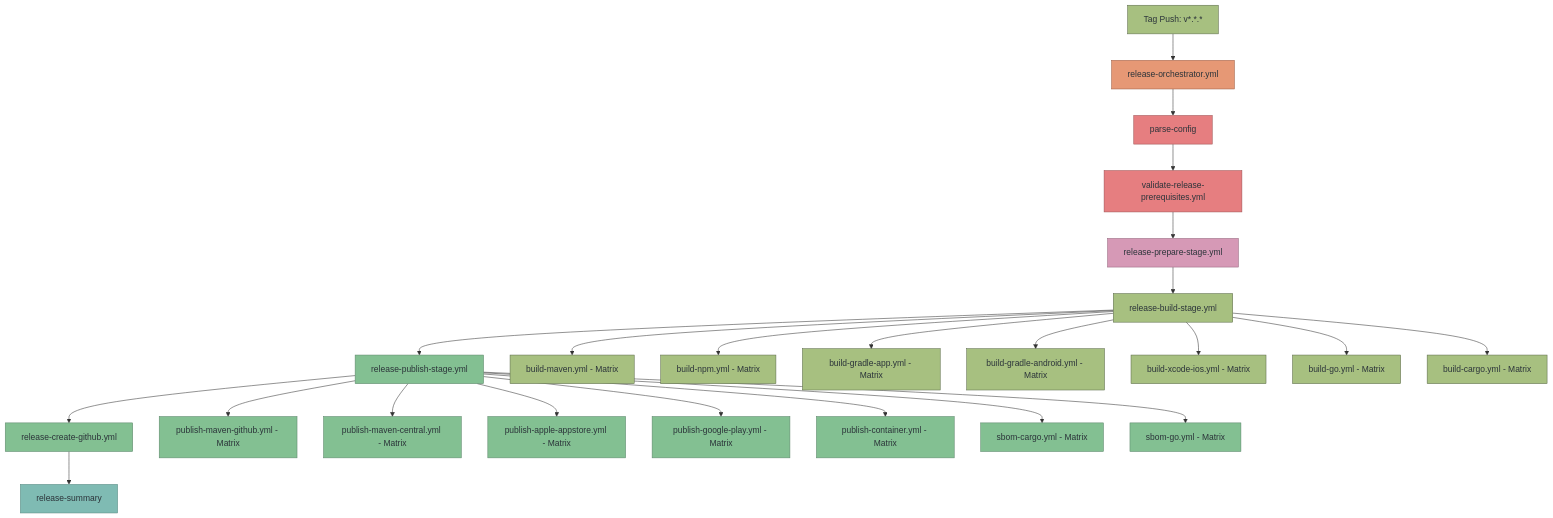
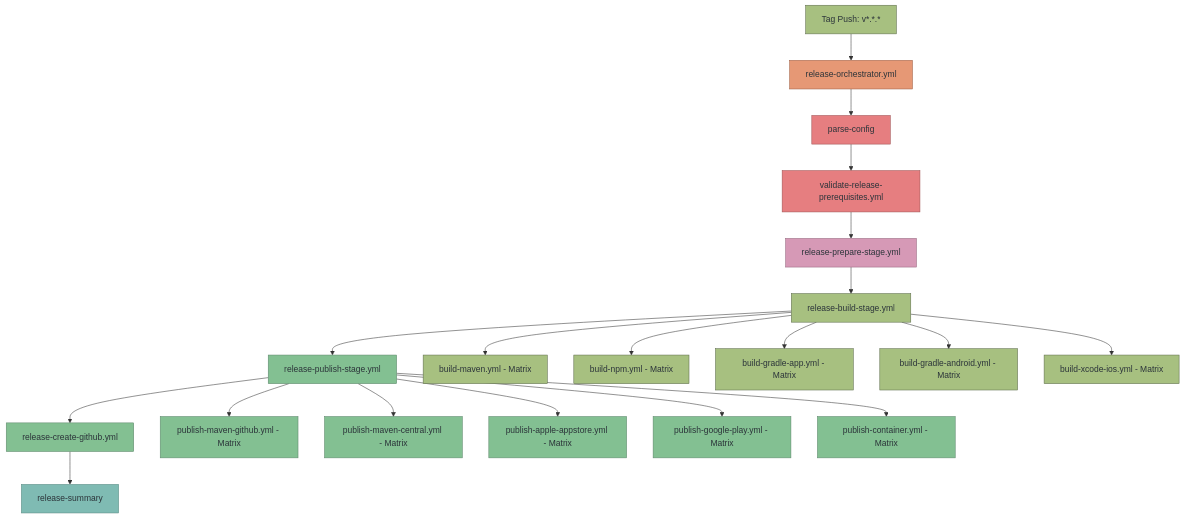
The second of 7 diagrams in docs/workflows.md (diggsweden/reusable-ci), drawn with Mermaid before and after one commit. The commit also changed other lines of this file and 957 other files, not shown here.

````diff
--- a/docs/workflows.md
+++ b/docs/workflows.md
@@ -158,51 +134,43 @@
 ```mermaid
 graph TD
     A[Tag Push: v*.*.* ] --> B[release-orchestrator.yml]
     B --> C[parse-config]
     C --> D[validate-release-prerequisites.yml]
     D --> E[release-prepare-stage.yml]
     E --> F[release-build-stage.yml]
     F --> G[release-publish-stage.yml]
     G --> H[release-create-github.yml]
     H --> I[release-summary]
 
     F --> J[build-maven.yml - Matrix]
     F --> K[build-npm.yml - Matrix]
     F --> L[build-gradle-app.yml - Matrix]
     F --> L2[build-gradle-android.yml - Matrix]
     F --> M[build-xcode-ios.yml - Matrix]
-    F --> M2[build-go.yml - Matrix]
-    F --> M3[build-cargo.yml - Matrix]
 
     G --> N[publish-maven-github.yml - Matrix]
     G --> O[publish-maven-central.yml - Matrix]
     G --> P[publish-apple-appstore.yml - Matrix]
     G --> Q[publish-google-play.yml - Matrix]
     G --> R[publish-container.yml - Matrix]
-    G --> S[sbom-cargo.yml - Matrix]
-    G --> T[sbom-go.yml - Matrix]
 
     style A fill:#a7c080,stroke:#5c6a4a,color:#2b3339
     style B fill:#e69875,stroke:#9d5c41,color:#2b3339
     style C fill:#e67e80,stroke:#9d4f50,color:#2b3339
     style D fill:#e67e80,stroke:#9d4f50,color:#2b3339
     style E fill:#d699b6,stroke:#93647c,color:#2b3339
     style F fill:#a7c080,stroke:#5c6a4a,color:#2b3339
     style G fill:#83c092,stroke:#5c856a,color:#2b3339
     style H fill:#83c092,stroke:#5c856a,color:#2b3339
     style I fill:#7fbbb3,stroke:#5a8a82,color:#2b3339
     style J fill:#a7c080,stroke:#5c6a4a,color:#2b3339
     style K fill:#a7c080,stroke:#5c6a4a,color:#2b3339
     style L fill:#a7c080,stroke:#5c6a4a,color:#2b3339
     style L2 fill:#a7c080,stroke:#5c6a4a,color:#2b3339
     style M fill:#a7c080,stroke:#5c6a4a,color:#2b3339
-    style M2 fill:#a7c080,stroke:#5c6a4a,color:#2b3339
-    style M3 fill:#a7c080,stroke:#5c6a4a,color:#2b3339
     style N fill:#83c092,stroke:#5c856a,color:#2b3339
     style O fill:#83c092,stroke:#5c856a,color:#2b3339
     style P fill:#83c092,stroke:#5c856a,color:#2b3339
     style Q fill:#83c092,stroke:#5c856a,color:#2b3339
     style R fill:#83c092,stroke:#5c856a,color:#2b3339
-    style S fill:#83c092,stroke:#5c856a,color:#2b3339
-    style T fill:#83c092,stroke:#5c856a,color:#2b3339
 ```
````
